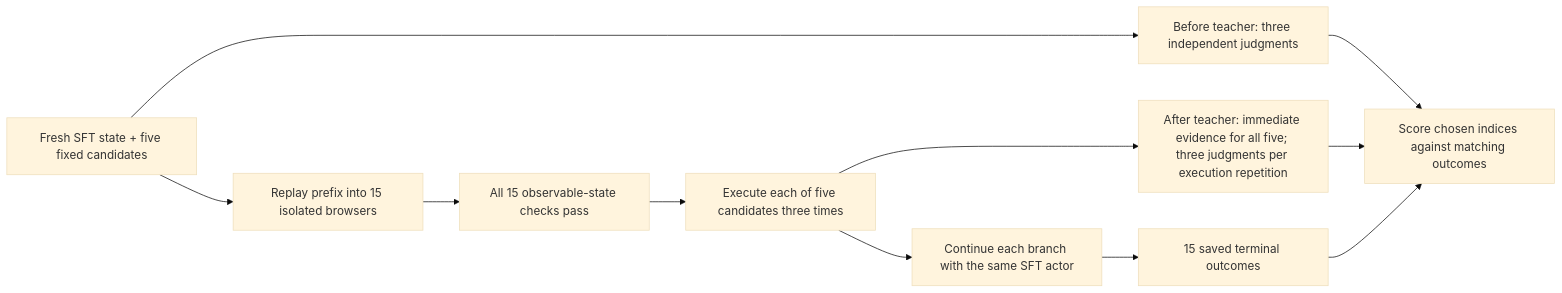
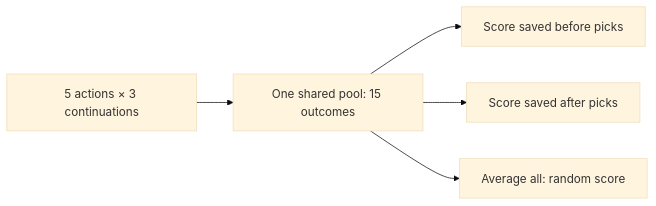
The diagram in openwebrl/docs/ARM_FORMULATIONS.md (zixianma/OpenWebRL), drawn with Mermaid (base theme) before and after one commit. The commit also changed other lines of this file and 4 other files, not shown here.

Commit message:
docs(arm): simplify formulations and clarify shared random control

````diff
--- a/openwebrl/docs/ARM_FORMULATIONS.md
+++ b/openwebrl/docs/ARM_FORMULATIONS.md
@@ -54,13 +25,7 @@
 ```mermaid
 flowchart LR
-    X["Fresh SFT state + five fixed candidates"] --> B["Before teacher: three independent judgments"]
-    X --> R["Replay prefix into 15 isolated browsers"]
-    R --> G["All 15 observable-state checks pass"]
-    G --> E["Execute each of five candidates three times"]
-    E --> P["After teacher: immediate evidence for all five; three judgments per execution repetition"]
-    E --> C["Continue each branch with the same SFT actor"]
-    C --> Y["15 saved terminal outcomes"]
-    B --> S["Score chosen indices against matching outcomes"]
-    P --> S
-    Y --> S
+    A["5 actions × 3 continuations"] --> Y["One shared pool: 15 outcomes"]
+    Y --> B["Score saved before picks"]
+    Y --> C["Score saved after picks"]
+    Y --> R["Average all: random score"]
 ```
````
